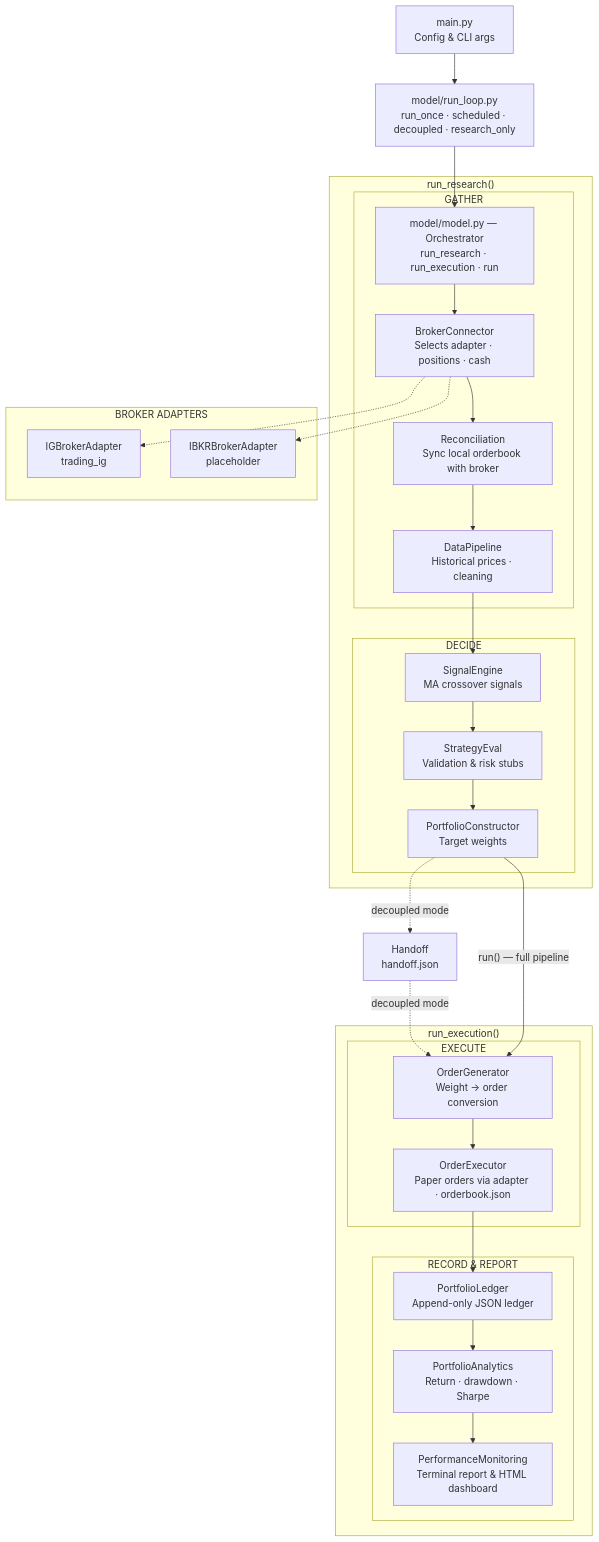
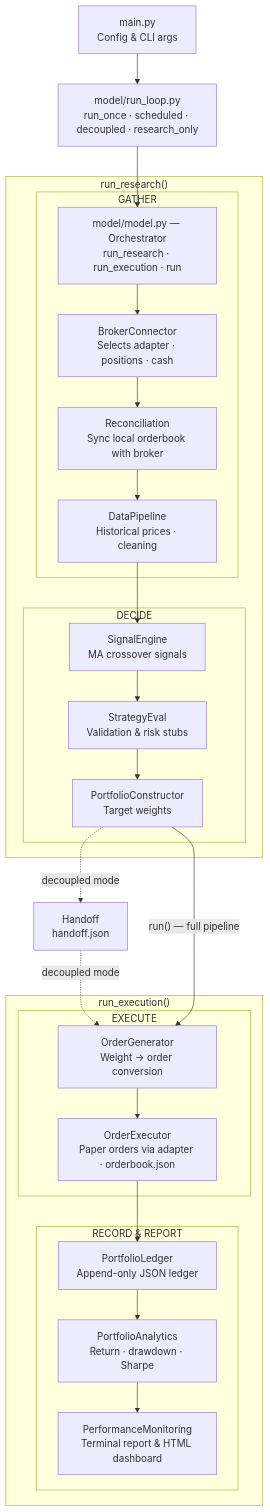
One commit to Braumeister-Stefan/Tradinator changed the diagram in README.md. Above: the diagram before and after it, drawn with Mermaid. The commit also changed other lines of this file, not shown here.

First line of the commit message:
docs: restructure README — numbered sections, TOC, remove broker abstraction/IBKR/Phase1/AddComponent

````diff
--- a/README.md
+++ b/README.md
@@ -15,42 +33,37 @@
 ```mermaid
 flowchart TD
     A[main.py<br/>Config & CLI args] --> RL[model/run_loop.py<br/>run_once · scheduled · decoupled · research_only]
     RL --> B[model/model.py — Orchestrator<br/>run_research · run_execution · run]
 
     subgraph "run_research()"
         subgraph GATHER
             B --> C[BrokerConnector<br/>Selects adapter · positions · cash]
             C --> R[Reconciliation<br/>Sync local orderbook with broker]
             R --> D[DataPipeline<br/>Historical prices · cleaning]
         end
 
         subgraph DECIDE
             D --> E[SignalEngine<br/>MA crossover signals]
             E --> F[StrategyEval<br/>Validation & risk stubs]
             F --> G[PortfolioConstructor<br/>Target weights]
         end
     end
 
     G -.->|"decoupled mode"| HO[Handoff<br/>handoff.json]
     HO -.->|"decoupled mode"| H
 
     subgraph "run_execution()"
         subgraph EXECUTE
             H[OrderGenerator<br/>Weight → order conversion]
             H --> I[OrderExecutor<br/>Paper orders via adapter · orderbook.json]
         end
 
         subgraph RECORD & REPORT
             I --> J[PortfolioLedger<br/>Append-only JSON ledger]
             J --> K[PortfolioAnalytics<br/>Return · drawdown · Sharpe]
             K --> L[PerformanceMonitoring<br/>Terminal report & HTML dashboard]
         end
     end
 
     G -->|"run() — full pipeline"| H
-
-    subgraph BROKER ADAPTERS
-        C -.-> M[IGBrokerAdapter<br/>trading_ig]
-        C -.-> N[IBKRBrokerAdapter<br/>placeholder]
-    end
 ```
````
